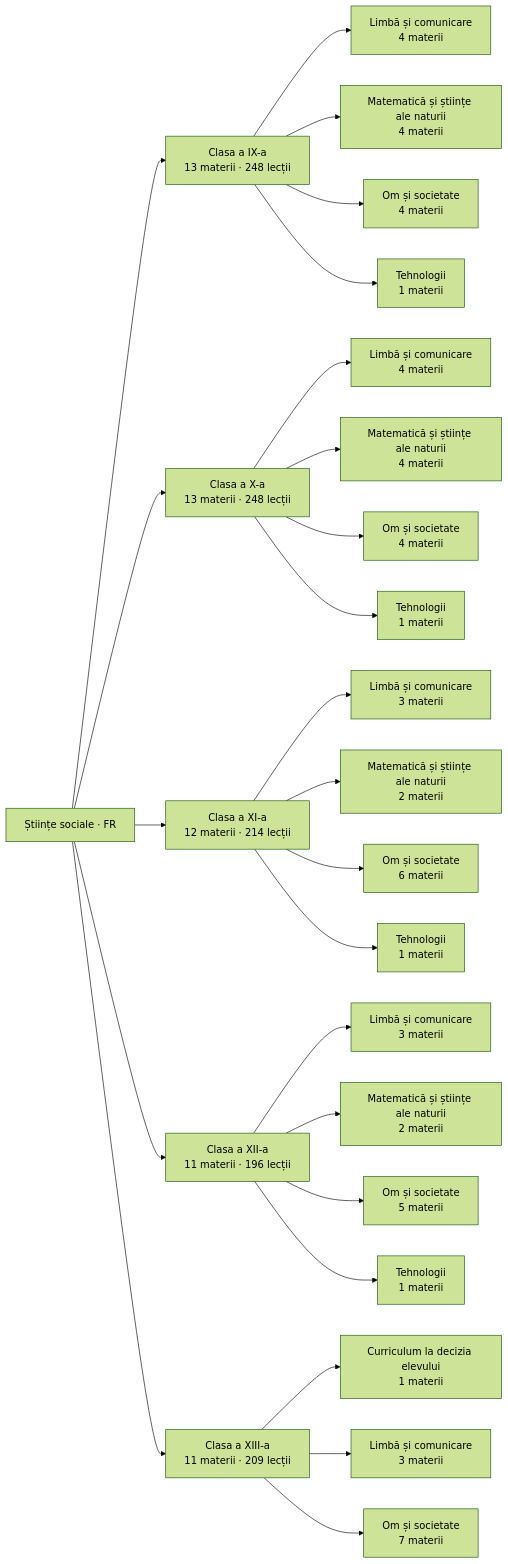
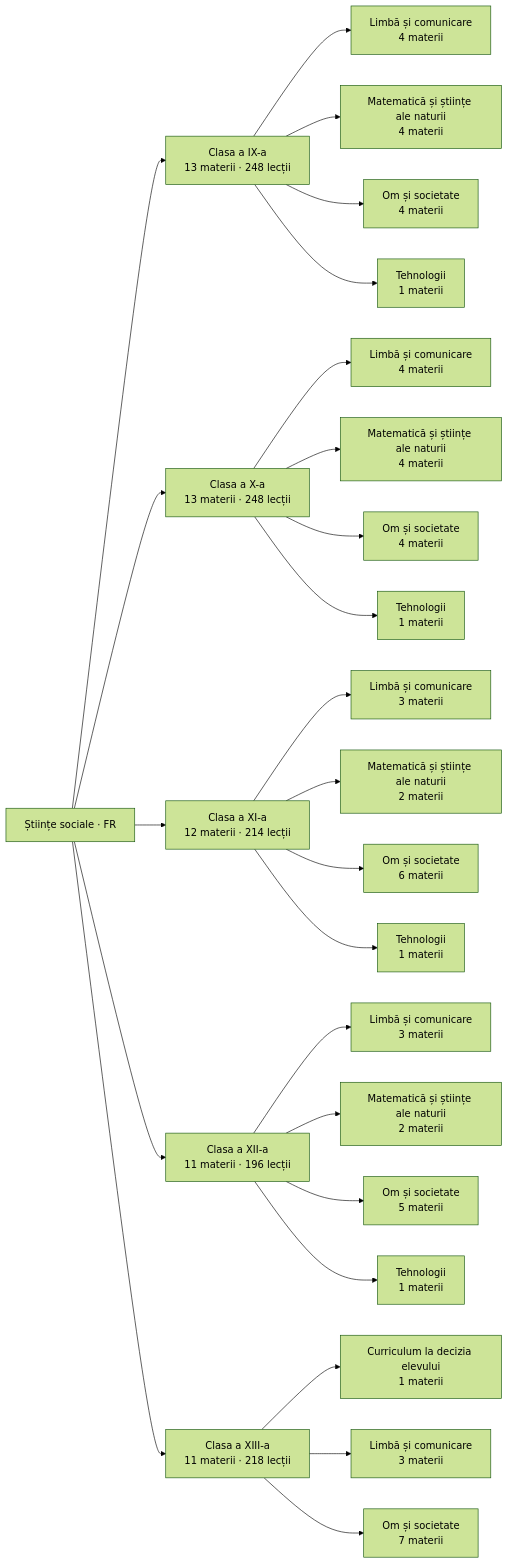
One commit to almeueste777-ops/Stiinte01 changed the diagram in vault/Hartă de învățare.md. Above: the diagram before and after it, drawn with Mermaid (forest theme). The commit also changed other lines of this file and 24 other files, not shown here.

Commit message:
Graphify: regenerez vault-ul Obsidian din date

````diff
--- a/vault/Hartă de învățare.md
+++ b/vault/Hartă de învățare.md
@@ -10,52 +10,52 @@
 ```mermaid
 graph LR
   P["Științe sociale · FR"]
   C0["Clasa a IX-a<br/>13 materii · 248 lecții"]
   P --> C0
   A0_0["Limbă și comunicare<br/>4 materii"]
   C0 --> A0_0
   A0_1["Matematică și științe ale naturii<br/>4 materii"]
   C0 --> A0_1
   A0_2["Om și societate<br/>4 materii"]
   C0 --> A0_2
   A0_3["Tehnologii<br/>1 materii"]
   C0 --> A0_3
   C1["Clasa a X-a<br/>13 materii · 248 lecții"]
   P --> C1
   A1_0["Limbă și comunicare<br/>4 materii"]
   C1 --> A1_0
   A1_1["Matematică și științe ale naturii<br/>4 materii"]
   C1 --> A1_1
   A1_2["Om și societate<br/>4 materii"]
   C1 --> A1_2
   A1_3["Tehnologii<br/>1 materii"]
   C1 --> A1_3
   C2["Clasa a XI-a<br/>12 materii · 214 lecții"]
   P --> C2
   A2_0["Limbă și comunicare<br/>3 materii"]
   C2 --> A2_0
   A2_1["Matematică și științe ale naturii<br/>2 materii"]
   C2 --> A2_1
   A2_2["Om și societate<br/>6 materii"]
   C2 --> A2_2
   A2_3["Tehnologii<br/>1 materii"]
   C2 --> A2_3
   C3["Clasa a XII-a<br/>11 materii · 196 lecții"]
   P --> C3
   A3_0["Limbă și comunicare<br/>3 materii"]
   C3 --> A3_0
   A3_1["Matematică și științe ale naturii<br/>2 materii"]
   C3 --> A3_1
   A3_2["Om și societate<br/>5 materii"]
   C3 --> A3_2
   A3_3["Tehnologii<br/>1 materii"]
   C3 --> A3_3
-  C4["Clasa a XIII-a<br/>11 materii · 209 lecții"]
+  C4["Clasa a XIII-a<br/>11 materii · 218 lecții"]
   P --> C4
   A4_0["Curriculum la decizia elevului<br/>1 materii"]
   C4 --> A4_0
   A4_1["Limbă și comunicare<br/>3 materii"]
   C4 --> A4_1
   A4_2["Om și societate<br/>7 materii"]
   C4 --> A4_2
 ```
````
